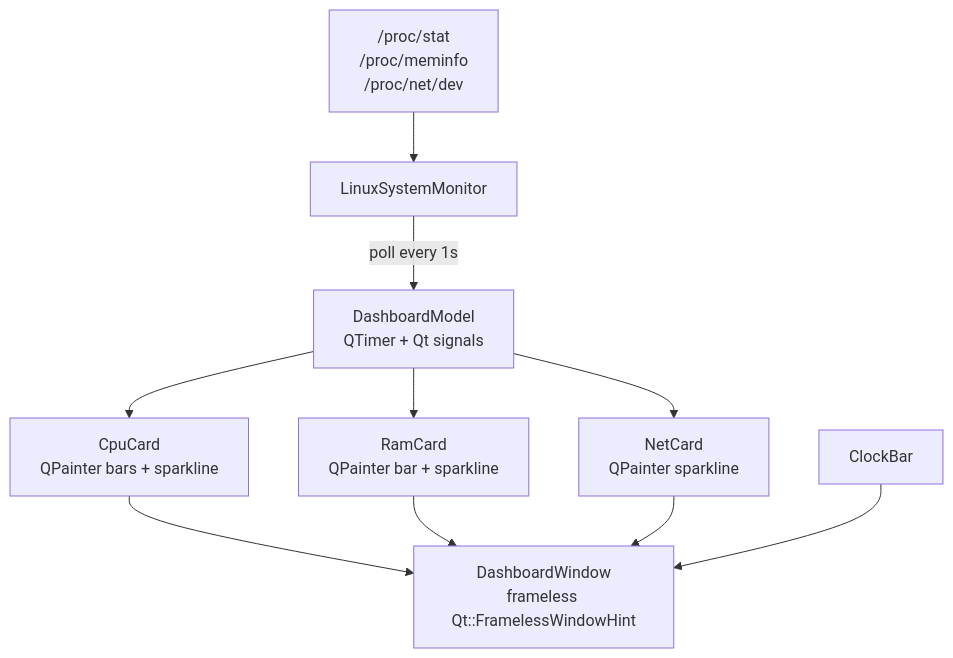
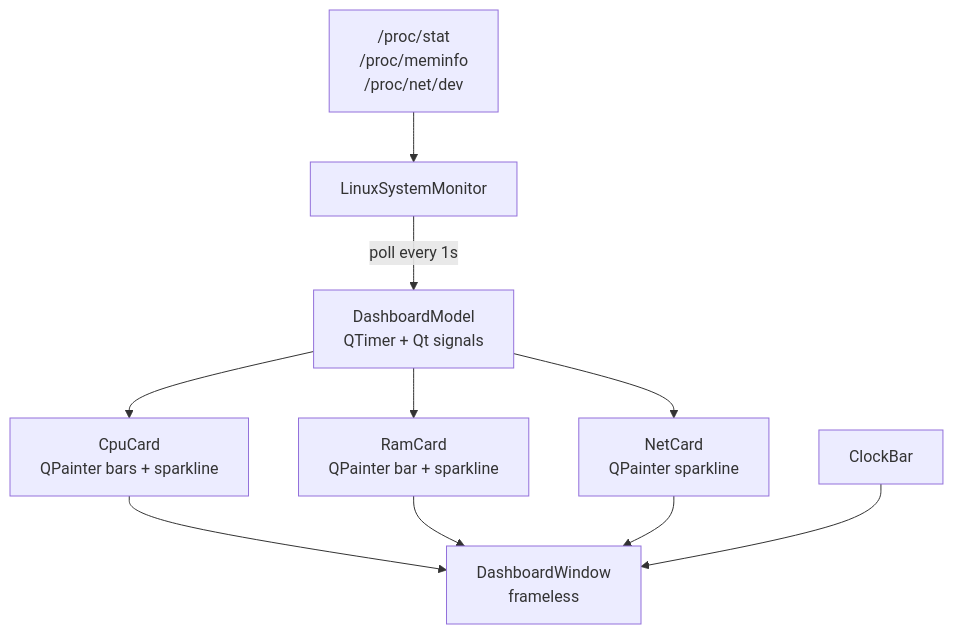
One commit to Ahmedaltu/sysmon-dashboard changed the diagram in README.md. Above: the diagram before and after it, drawn with Mermaid. The commit also changed other lines of this file, not shown here.

Commit message:
Fix README: unwrap design image, fix Mermaid line breaks

````diff
--- a/README.md
+++ b/README.md
@@ -19,13 +16,13 @@
 ```mermaid
 graph TD
-    P["/proc/stat\n/proc/meminfo\n/proc/net/dev"]
+    P["/proc/stat<br/>/proc/meminfo<br/>/proc/net/dev"]
     P --> LSM[LinuxSystemMonitor]
-    LSM -->|poll every 1s| DM[DashboardModel\nQTimer + Qt signals]
-    DM --> CPU[CpuCard\nQPainter bars + sparkline]
-    DM --> RAM[RamCard\nQPainter bar + sparkline]
-    DM --> NET[NetCard\nQPainter sparkline]
-    CPU --> DW[DashboardWindow\nframeless Qt::FramelessWindowHint]
+    LSM -->|poll every 1s| DM["DashboardModel<br/>QTimer + Qt signals"]
+    DM --> CPU["CpuCard<br/>QPainter bars + sparkline"]
+    DM --> RAM["RamCard<br/>QPainter bar + sparkline"]
+    DM --> NET["NetCard<br/>QPainter sparkline"]
+    CPU --> DW["DashboardWindow<br/>frameless"]
     RAM --> DW
     NET --> DW
     CB[ClockBar] --> DW
 ```
````
